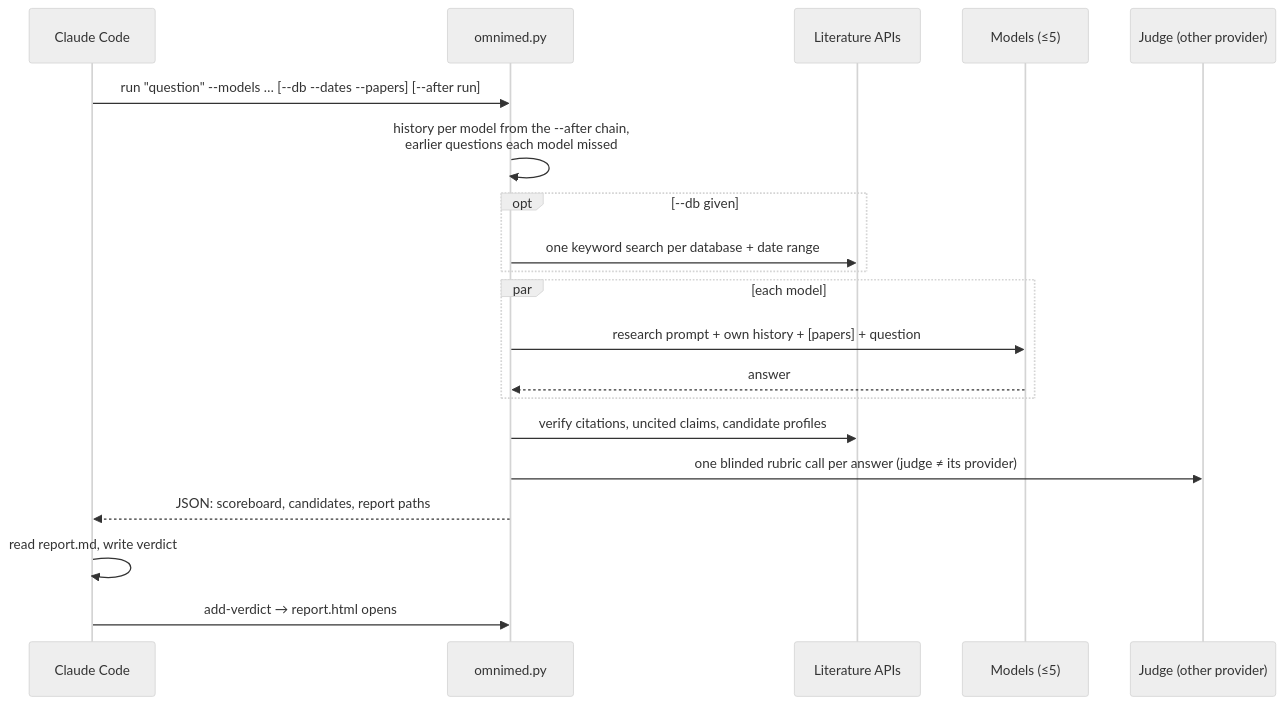
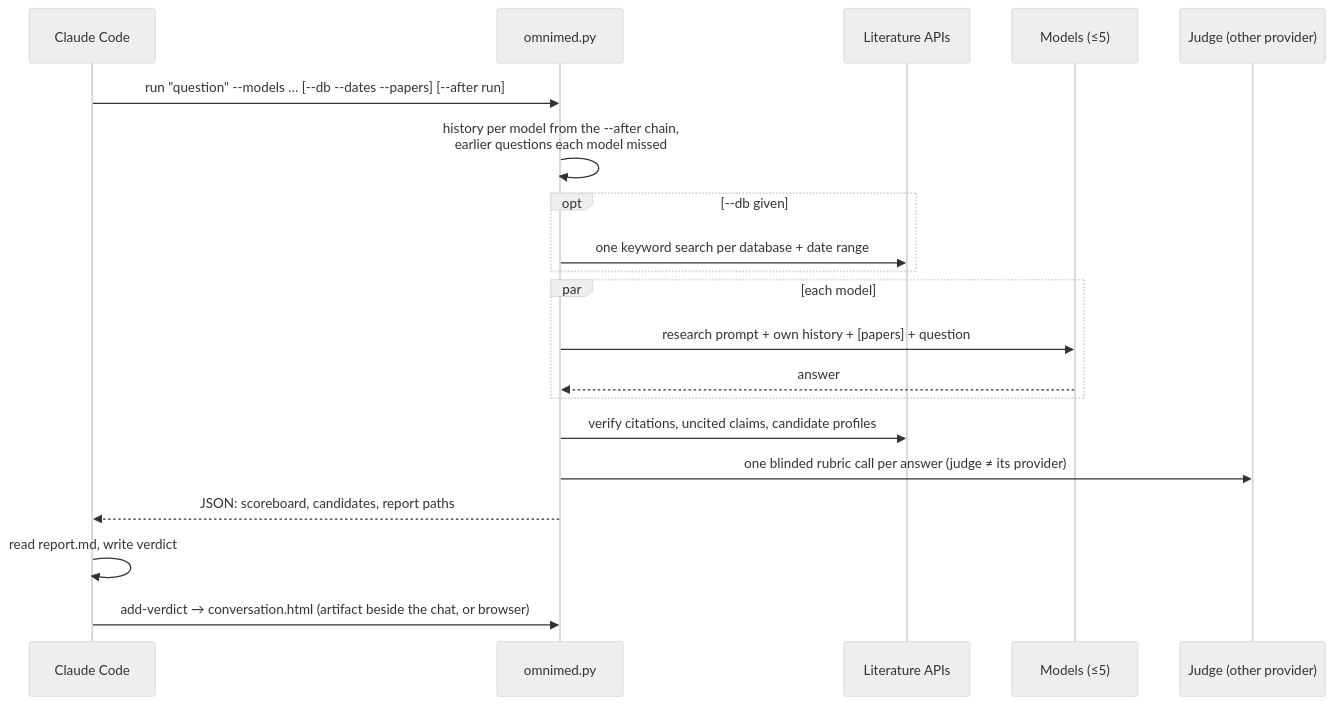
The third of 3 diagrams in docs/SYSTEM_DESIGN.md (chitrashensah/omnimed-skill), drawn with Mermaid (neutral theme) before and after one commit. The commit also changed other lines of this file and 7 other files, not shown here.

Commit message:
0.2.3: conversation view beside the chat; follow-ups update the same page; short summary

````diff
--- a/docs/SYSTEM_DESIGN.md
+++ b/docs/SYSTEM_DESIGN.md
@@ -72,23 +72,23 @@
 ```mermaid
 sequenceDiagram
     participant C as Claude Code
     participant O as omnimed.py
     participant L as Literature APIs
     participant M as Models (≤5)
     participant J as Judge (other provider)
 
     C->>O: run "question" --models … [--db --dates --papers] [--after run]
     O->>O: history per model from the --after chain,<br/>earlier questions each model missed
     opt --db given
         O->>L: one keyword search per database + date range
     end
     par each model
         O->>M: research prompt + own history + [papers] + question
         M-->>O: answer
     end
     O->>L: verify citations, uncited claims, candidate profiles
     O->>J: one blinded rubric call per answer (judge ≠ its provider)
     O-->>C: JSON: scoreboard, candidates, report paths
     C->>C: read report.md, write verdict
-    C->>O: add-verdict → report.html opens
+    C->>O: add-verdict → conversation.html (artifact beside the chat, or browser)
 ```
````
